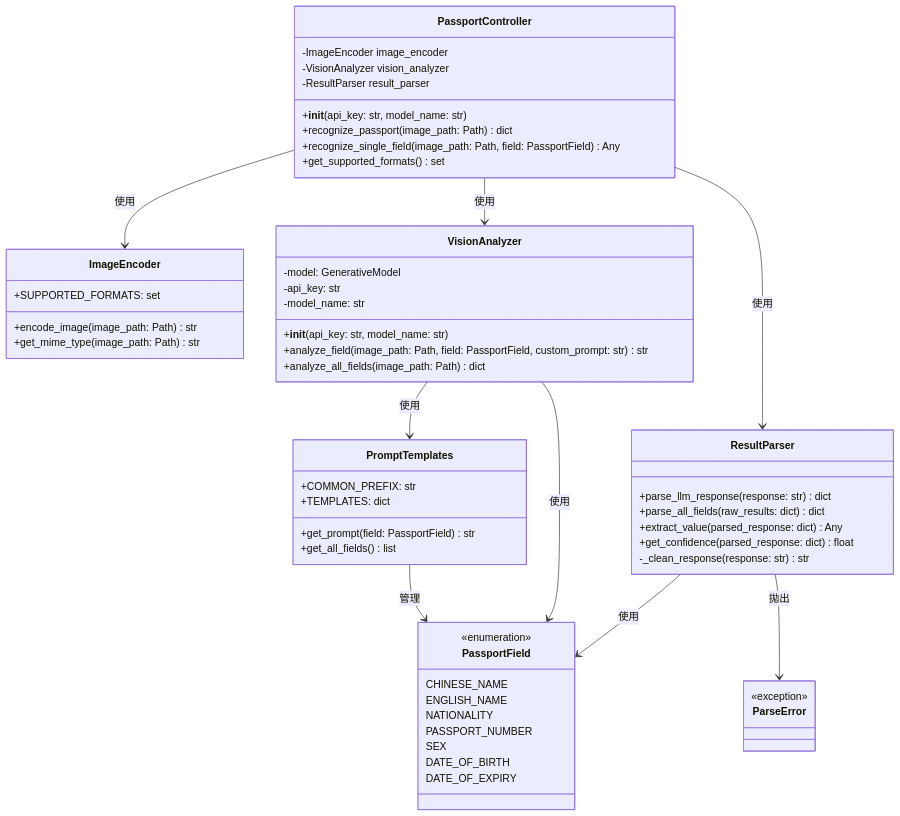
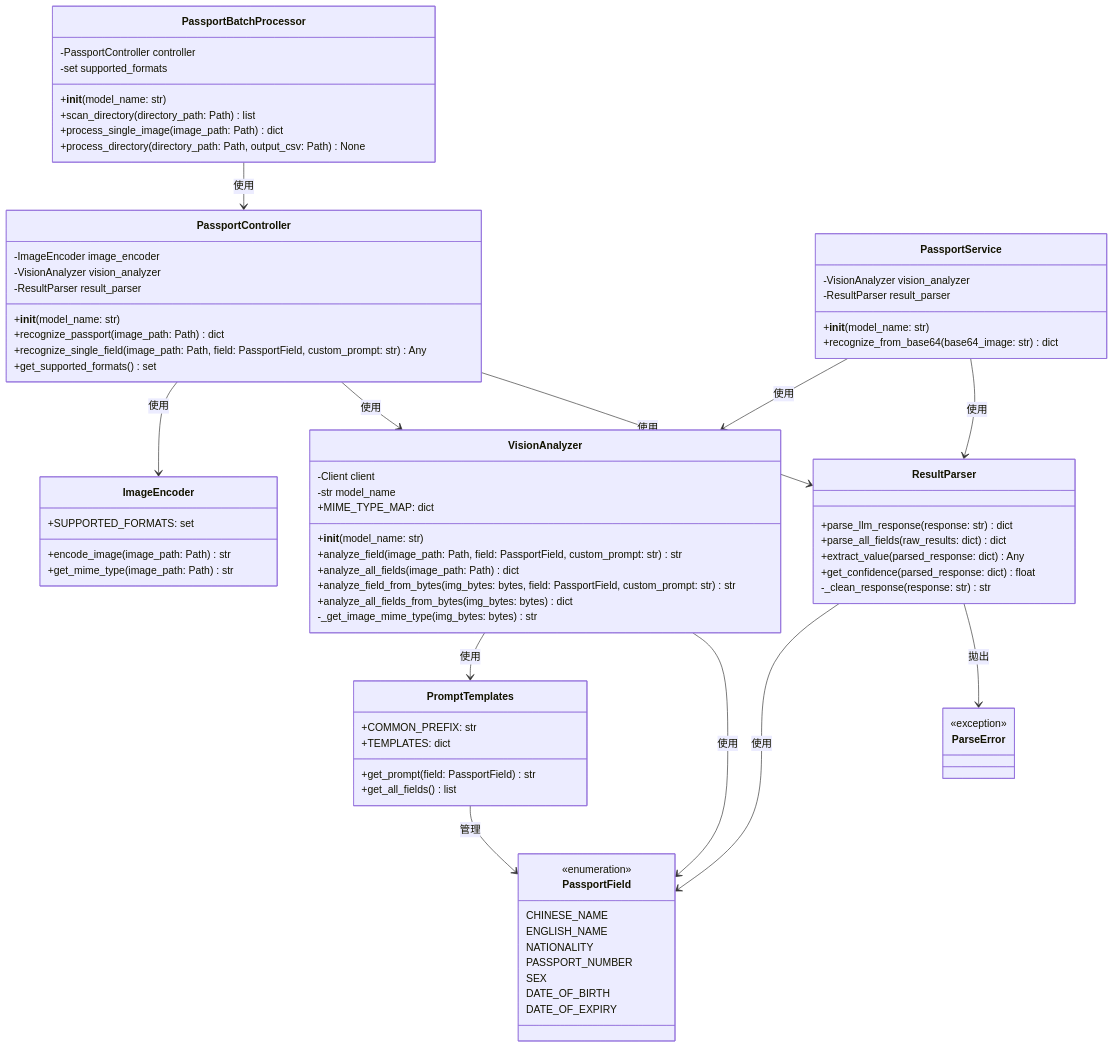
Before and after one commit to wu02067602/Passport-image-recognition: the diagram in 類別圖.md, drawn with Mermaid. The commit also changed other lines of this file and 3 other files, not shown here.

Commit message:
Refactor: Add PassportService and BatchProcessor, improve error handling

```diff
--- a/類別圖.md
+++ b/類別圖.md
@@ -10,10 +10,26 @@
         -ImageEncoder image_encoder
         -VisionAnalyzer vision_analyzer
         -ResultParser result_parser
-        +__init__(api_key: str, model_name: str)
+        +__init__(model_name: str)
         +recognize_passport(image_path: Path) dict
-        +recognize_single_field(image_path: Path, field: PassportField) Any
+        +recognize_single_field(image_path: Path, field: PassportField, custom_prompt: str) Any
         +get_supported_formats() set
+    }
+    
+    class PassportService {
+        -VisionAnalyzer vision_analyzer
+        -ResultParser result_parser
+        +__init__(model_name: str)
+        +recognize_from_base64(base64_image: str) dict
+    }
+    
+    class PassportBatchProcessor {
+        -PassportController controller
+        -set supported_formats
+        +__init__(model_name: str)
+        +scan_directory(directory_path: Path) list
+        +process_single_image(image_path: Path) dict
+        +process_directory(directory_path: Path, output_csv: Path) None
     }
     
     class ImageEncoder {
@@ -23,12 +39,15 @@
     }
     
     class VisionAnalyzer {
-        -model: GenerativeModel
-        -api_key: str
-        -model_name: str
-        +__init__(api_key: str, model_name: str)
+        -Client client
+        -str model_name
+        +MIME_TYPE_MAP: dict
+        +__init__(model_name: str)
         +analyze_field(image_path: Path, field: PassportField, custom_prompt: str) str
         +analyze_all_fields(image_path: Path) dict
+        +analyze_field_from_bytes(img_bytes: bytes, field: PassportField, custom_prompt: str) str
+        +analyze_all_fields_from_bytes(img_bytes: bytes) dict
+        -_get_image_mime_type(img_bytes: bytes) str
     }
     
     class ResultParser {
@@ -64,6 +83,9 @@
     PassportController --> ImageEncoder : 使用
     PassportController --> VisionAnalyzer : 使用
     PassportController --> ResultParser : 使用
+    PassportService --> VisionAnalyzer : 使用
+    PassportService --> ResultParser : 使用
+    PassportBatchProcessor --> PassportController : 使用
     VisionAnalyzer --> PromptTemplates : 使用
     VisionAnalyzer --> PassportField : 使用
     ResultParser --> PassportField : 使用
```
